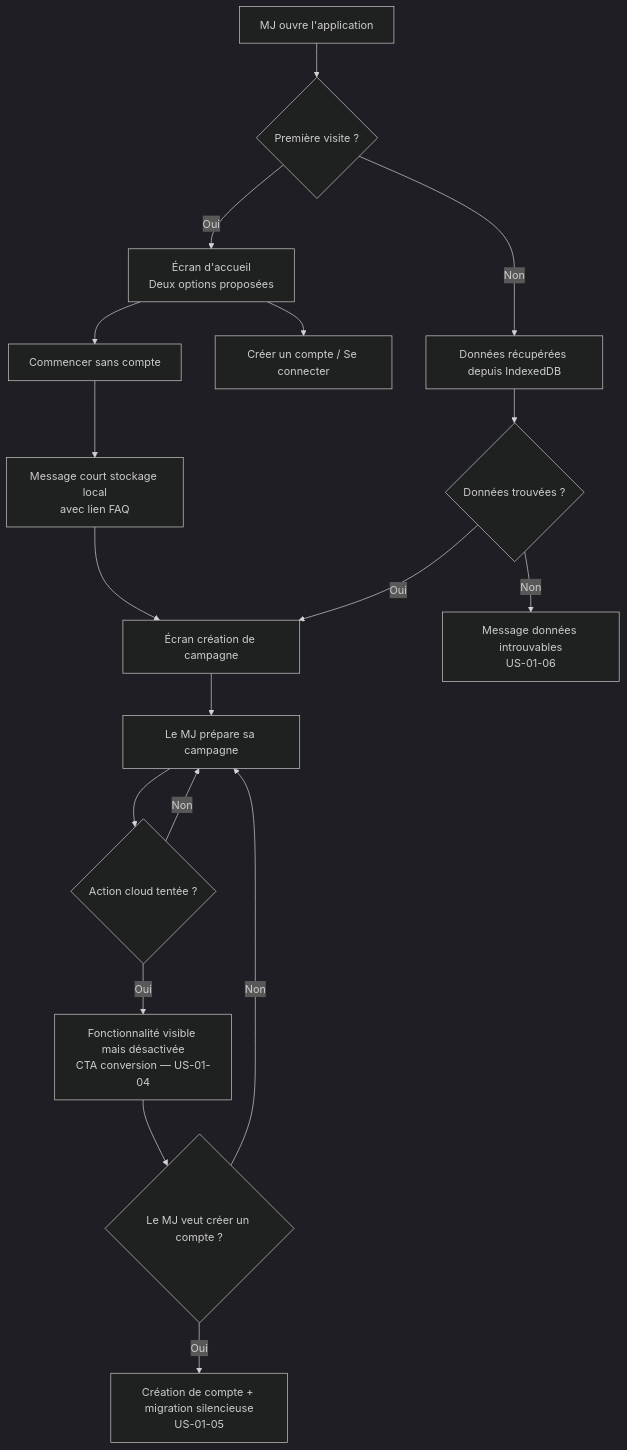
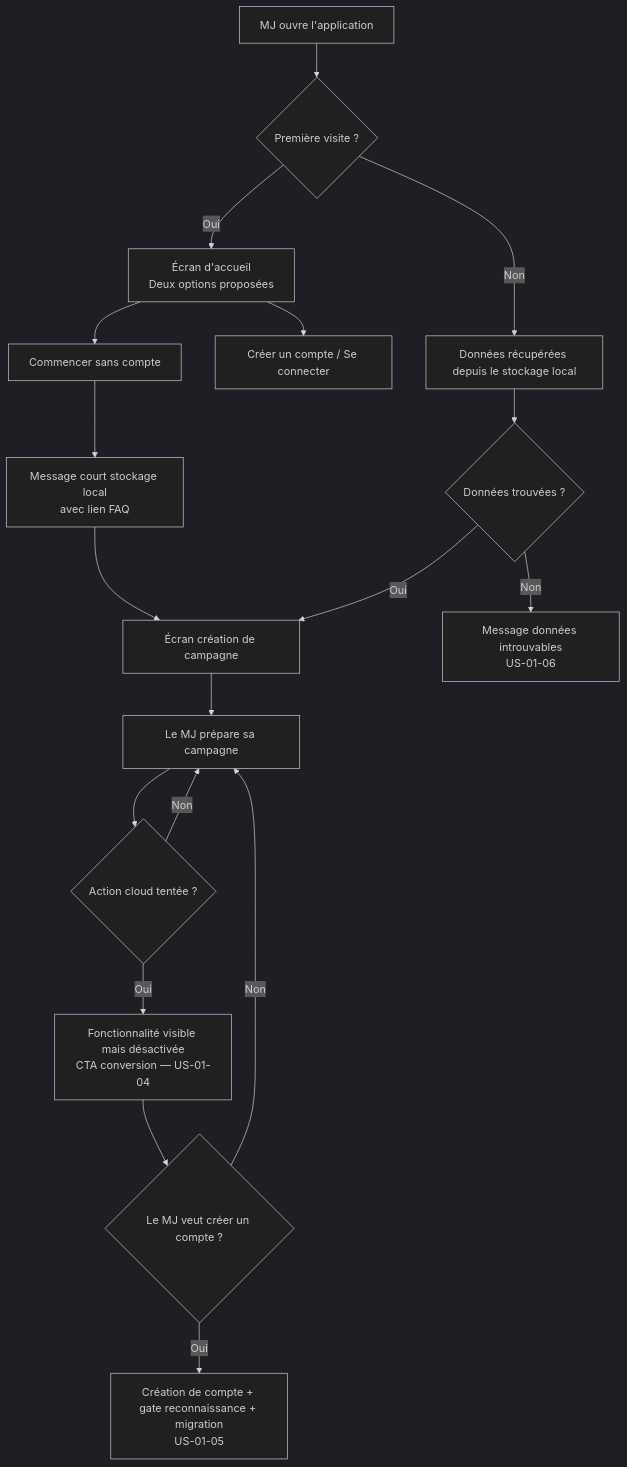
One commit to 2025-10-CDA-ECO-P6/PM-micro-saas changed the first of 2 diagrams in docs/conception/user-stories/US-UC-01-mode-local-sans-compte.md. Above: the diagram before and after it, drawn with Mermaid (dark theme). The commit also changed other lines of this file and 107 other files, not shown here.

````diff
--- a/docs/conception/user-stories/US-UC-01-mode-local-sans-compte.md
+++ b/docs/conception/user-stories/US-UC-01-mode-local-sans-compte.md
@@ -55,20 +55,20 @@
 ```mermaid
 flowchart TD
     A[MJ ouvre l'application] --> B{Première visite ?}
     B -- Oui --> C[Écran d'accueil\nDeux options proposées]
-    B -- Non --> D[Données récupérées depuis IndexedDB]
+    B -- Non --> D[Données récupérées depuis le stockage local]
     D --> E{Données trouvées ?}
     E -- Oui --> K[Écran création de campagne]
     E -- Non --> G[Message données introuvables\nUS-01-06]
     C --> H[Commencer sans compte]
     C --> I[Créer un compte / Se connecter]
     H --> J[Message court stockage local\navec lien FAQ]
     J --> K
     K --> L[Le MJ prépare sa campagne]
     L --> M{Action cloud tentée ?}
     M -- Non --> L
     M -- Oui --> N[Fonctionnalité visible mais désactivée\nCTA conversion — US-01-04]
     N --> O{Le MJ veut créer un compte ?}
     O -- Non --> L
-    O -- Oui --> P[Création de compte + migration silencieuse\nUS-01-05]
+    O -- Oui --> P[Création de compte + gate reconnaissance + migration\nUS-01-05]
 ```
````
